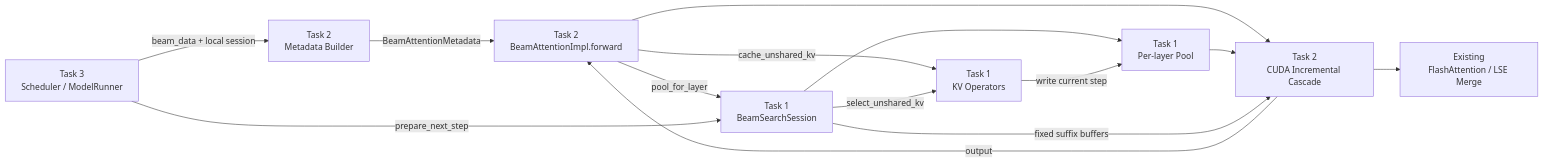
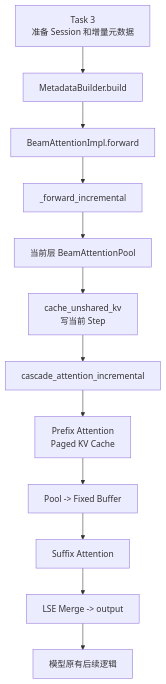
One commit to ZhiYunpenghuawei/p1 changed the first of 2 diagrams in [Task 2] 增量解码 Attention 计算路径.md. Above: the diagram before and after it, drawn with Mermaid. The commit also changed other lines of this file, not shown here.

Commit message:
Update [Task 2] 增量解码 Attention 计算路径.md

````diff
--- a/[Task 2] 增量解码 Attention 计算路径.md
+++ b/[Task 2] 增量解码 Attention 计算路径.md
@@ -49,25 +68,19 @@
 ```mermaid
-flowchart LR
-    T3[Task 3<br/>Scheduler / ModelRunner]
-    MB[Task 2<br/>Metadata Builder]
-    FW[Task 2<br/>BeamAttentionImpl.forward]
-    GPU[Task 2<br/>CUDA Incremental Cascade]
-    SESSION[Task 1<br/>BeamSearchSession]
-    POOL[Task 1<br/>Per-layer Pool]
-    OPS[Task 1<br/>KV Operators]
-    FA[Existing<br/>FlashAttention / LSE Merge]
+flowchart TD
+    T3[Task 3<br/>准备 Session 和增量元数据]
+    B[MetadataBuilder.build]
+    F[BeamAttentionImpl.forward]
+    I[_forward_incremental]
+    P[当前层 BeamAttentionPool]
+    C[cache_unshared_kv<br/>写当前 Step]
+    A[cascade_attention_incremental]
+    PA[Prefix Attention<br/>Paged KV Cache]
+    CP[Pool -> Fixed Buffer]
+    SA[Suffix Attention]
+    M[LSE Merge -> output]
+    NEXT[模型原有后续逻辑]
 
-    T3 -->|beam_data + local session| MB
-    MB -->|BeamAttentionMetadata| FW
-    FW -->|pool_for_layer| SESSION
-    SESSION --> POOL
-    FW -->|cache_unshared_kv| OPS
-    OPS -->|write current step| POOL
-    FW --> GPU
-    POOL --> GPU
-    SESSION -->|fixed suffix buffers| GPU
-    GPU --> FA
-    GPU -->|output| FW
-    T3 -->|prepare_next_step| SESSION
-    SESSION -->|select_unshared_kv| OPS
+    T3 --> B --> F --> I
+    I --> P --> C --> A
+    A --> PA --> CP --> SA --> M --> NEXT
 ```
````
